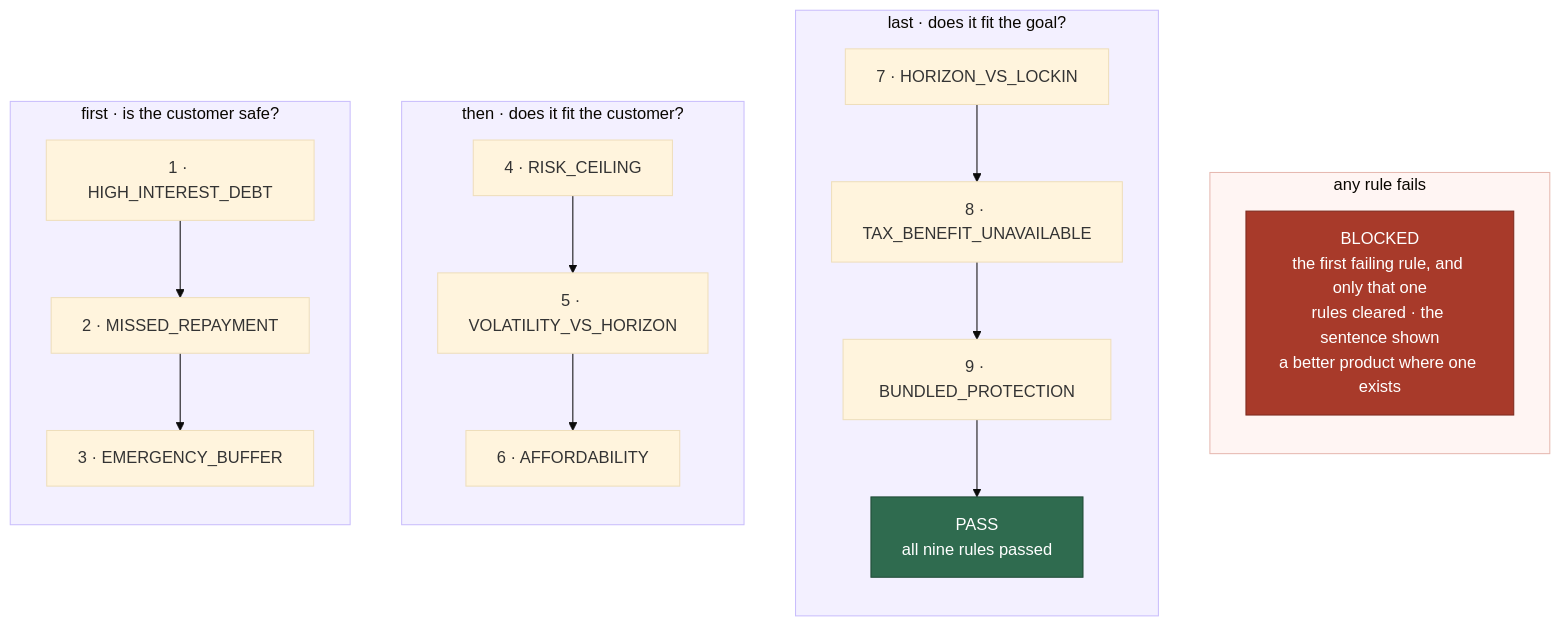
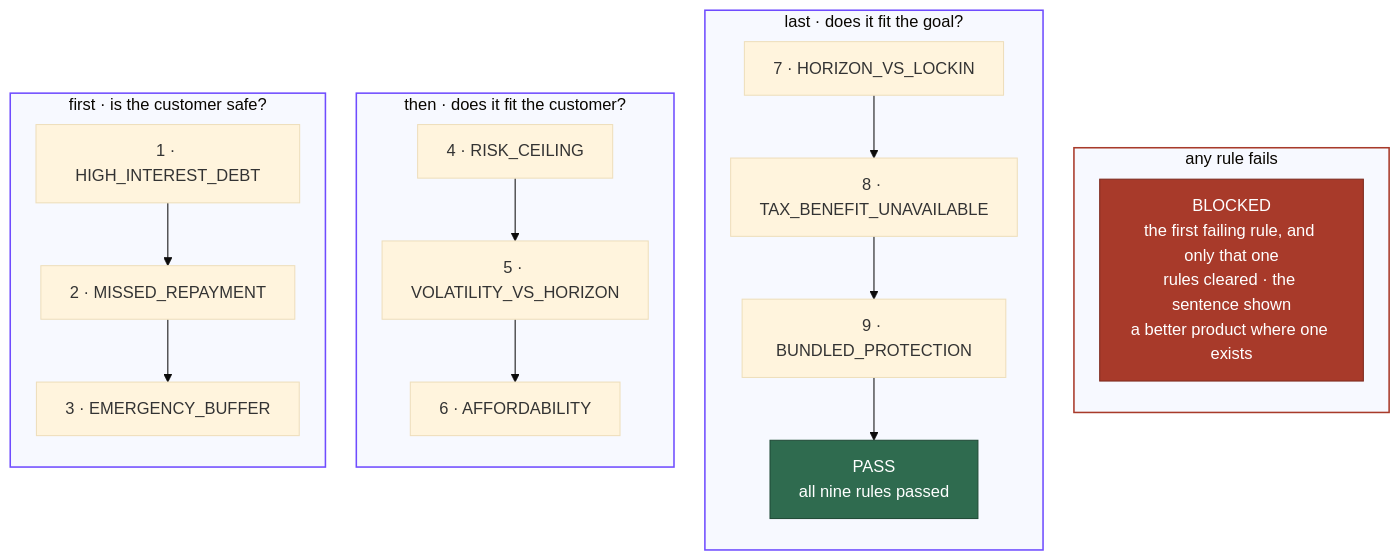
One commit to dhan-sarthi/dhan-sarthi changed the third of 4 diagrams in README.md. Above: the diagram before and after it, drawn with Mermaid (base theme). The commit also changed other lines of this file, not shown here.

First line of the commit message:
Make the README diagrams readable in GitHub's dark theme

````diff
--- a/README.md
+++ b/README.md
@@ -131,26 +131,27 @@
 ```mermaid
+%%{init: {"flowchart": {"htmlLabels": false, "padding": 14, "nodeSpacing": 30, "rankSpacing": 36}}}%%
 flowchart TB
     subgraph S4["any rule fails"]
       direction TB
       B["BLOCKED<br/>the first failing rule, and only that one<br/>rules cleared · the sentence shown<br/>a better product where one exists"]
     end
     subgraph S3["last · does it fit the goal?"]
       direction TB
       R7["7 · HORIZON_VS_LOCKIN"] --> R8["8 · TAX_BENEFIT_UNAVAILABLE"] --> R9["9 · BUNDLED_PROTECTION"] --> OK["PASS<br/>all nine rules passed"]
     end
     subgraph S2["then · does it fit the customer?"]
       direction TB
       R4["4 · RISK_CEILING"] --> R5["5 · VOLATILITY_VS_HORIZON"] --> R6["6 · AFFORDABILITY"]
     end
     subgraph S1["first · is the customer safe?"]
       direction TB
       R1["1 · HIGH_INTEREST_DEBT"] --> R2["2 · MISSED_REPAYMENT"] --> R3["3 · EMERGENCY_BUFFER"]
     end
 
     style OK fill:#2f6b4f,color:#fff,stroke:#1f4a36
     style B fill:#a83a2a,color:#fff,stroke:#7d2a1e
-    style S1 fill:#f3f0ff,stroke:#c9bdfc
-    style S2 fill:#f3f0ff,stroke:#c9bdfc
-    style S3 fill:#f3f0ff,stroke:#c9bdfc
-    style S4 fill:#fff5f3,stroke:#e6b8b0
+    style S1 stroke:#6f4cff,stroke-width:1.5px
+    style S2 stroke:#6f4cff,stroke-width:1.5px
+    style S3 stroke:#6f4cff,stroke-width:1.5px
+    style S4 stroke:#a83a2a,stroke-width:1.5px
 ```
````
